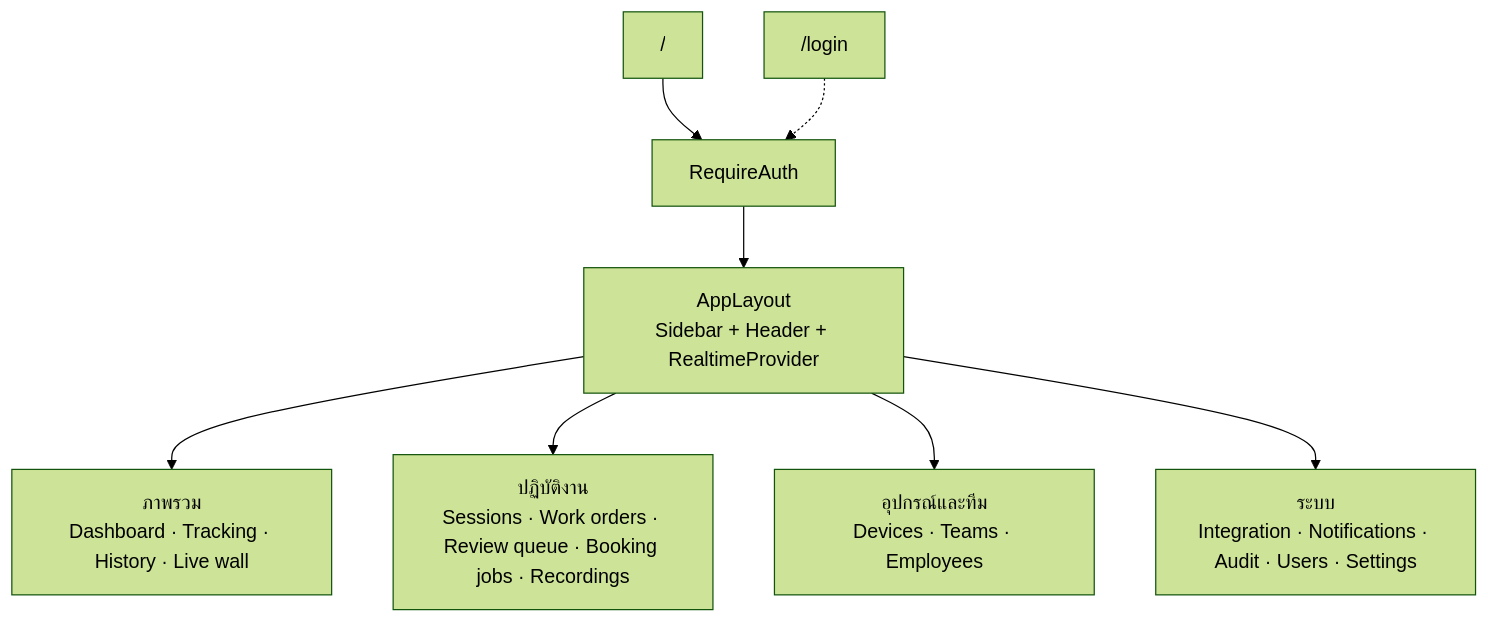
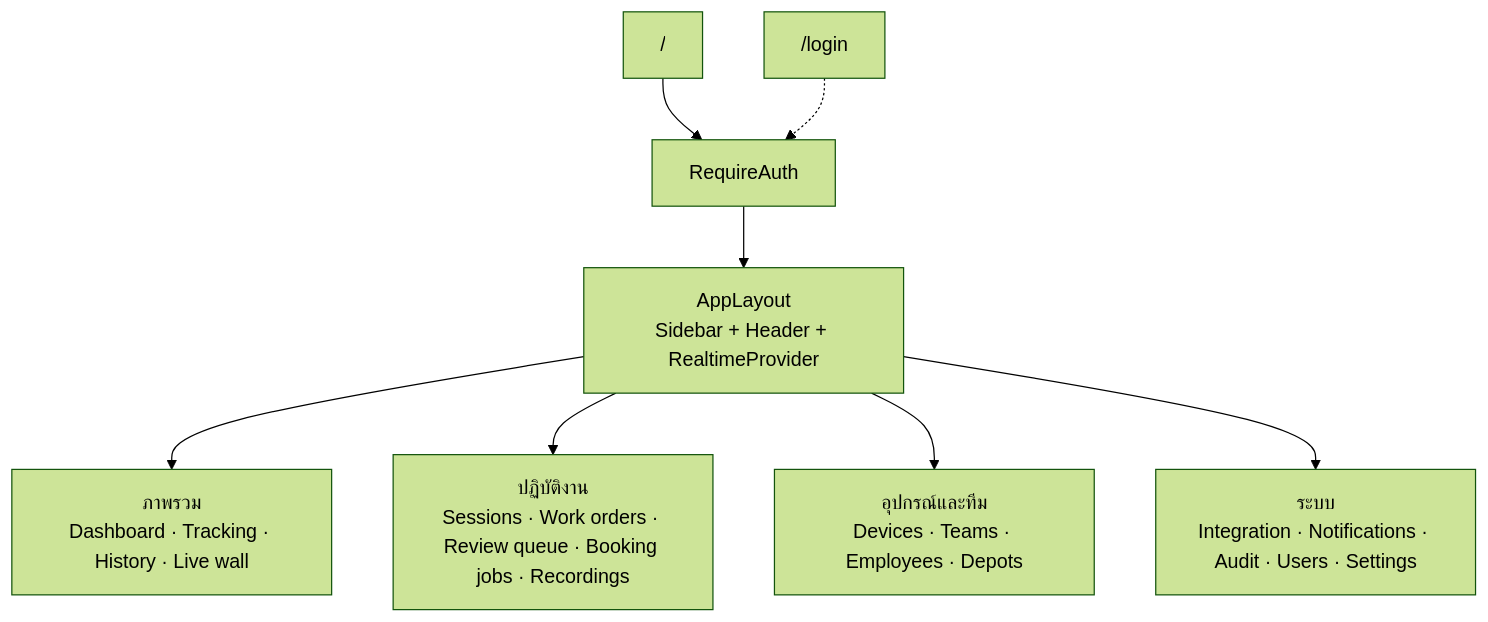
The diagram in docs/blueprint/06-frontend-architecture.md (b-werayut/psd-bodycam-v1.0), drawn with Mermaid (forest theme) before and after one commit. The commit also changed other lines of this file and 8 other files, not shown here.

````diff
--- a/docs/blueprint/06-frontend-architecture.md
+++ b/docs/blueprint/06-frontend-architecture.md
@@ -109,10 +110,10 @@
 ```mermaid
 flowchart TB
   ROOT["/"] --> AUTH["RequireAuth"]
   AUTH --> SHELL["AppLayout<br/>Sidebar + Header + RealtimeProvider"]
   SHELL --> OV["ภาพรวม<br/>Dashboard · Tracking · History · Live wall"]
   SHELL --> OPS["ปฏิบัติงาน<br/>Sessions · Work orders · Review queue · Booking jobs · Recordings"]
-  SHELL --> AST["อุปกรณ์และทีม<br/>Devices · Teams · Employees"]
+  SHELL --> AST["อุปกรณ์และทีม<br/>Devices · Teams · Employees · Depots"]
   SHELL --> SYS["ระบบ<br/>Integration · Notifications · Audit · Users · Settings"]
   LOGIN["/login"] -.-> AUTH
 ```
````
